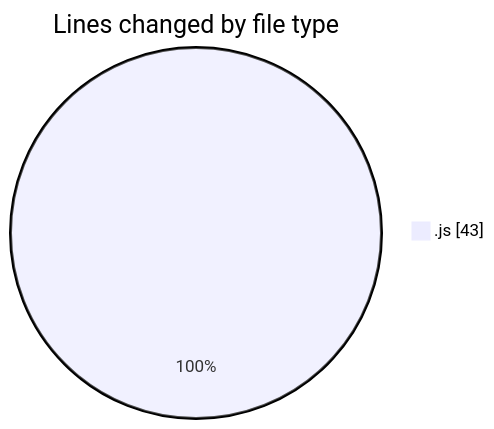
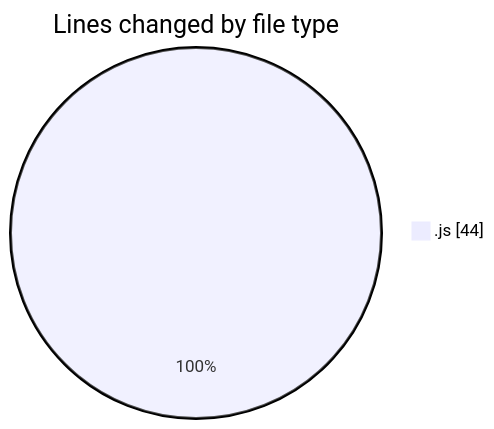
The first of 2 diagrams in 2026-05-20/cda/README.md (momahboobian/code-tracking), drawn with Mermaid before and after one commit. The commit also changed other lines of this file and 1 other file, not shown here.

````diff
--- a/2026-05-20/cda/README.md
+++ b/2026-05-20/cda/README.md
@@ -21,5 +21,5 @@
 ```mermaid
 pie showData
 title Lines changed by file type
-".js" : 43
+".js" : 44
 ```
````
